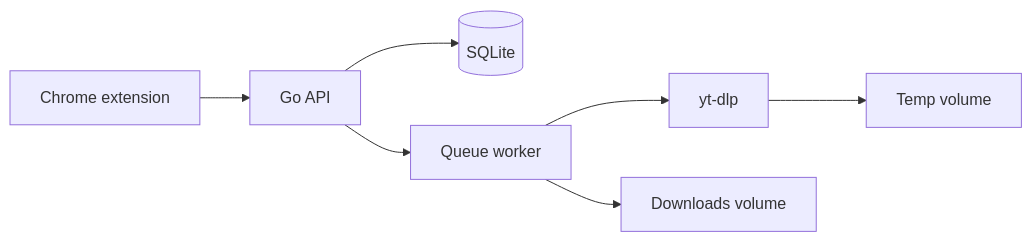
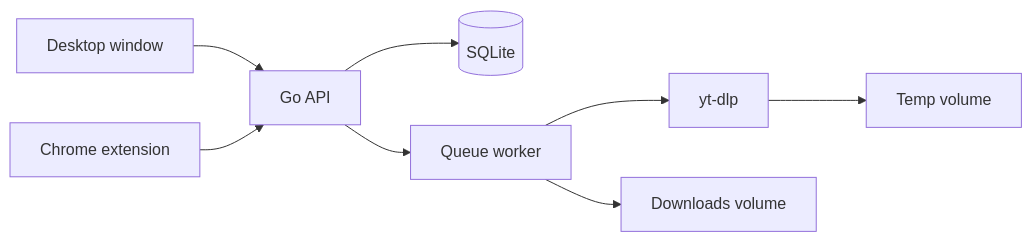
Before and after one commit to WhoisGray/youtube-gir: the diagram in README.md, drawn with Mermaid. The commit also changed other lines of this file and 20 other files, not shown here.

First line of the commit message:
feat(gui): add desktop application with settings and download features

````diff
--- a/README.md
+++ b/README.md
@@ -11,9 +11,10 @@
 ```mermaid
 flowchart LR
-  ext[Chrome extension] --> api[Go API]
+  gui[Desktop window] --> api[Go API]
+  ext[Chrome extension] --> api
   api --> db[(SQLite)]
   api --> worker[Queue worker]
   worker --> ytdlp[yt-dlp]
   ytdlp --> tmp[Temp volume]
   worker --> lib[Downloads volume]
 ```
````
